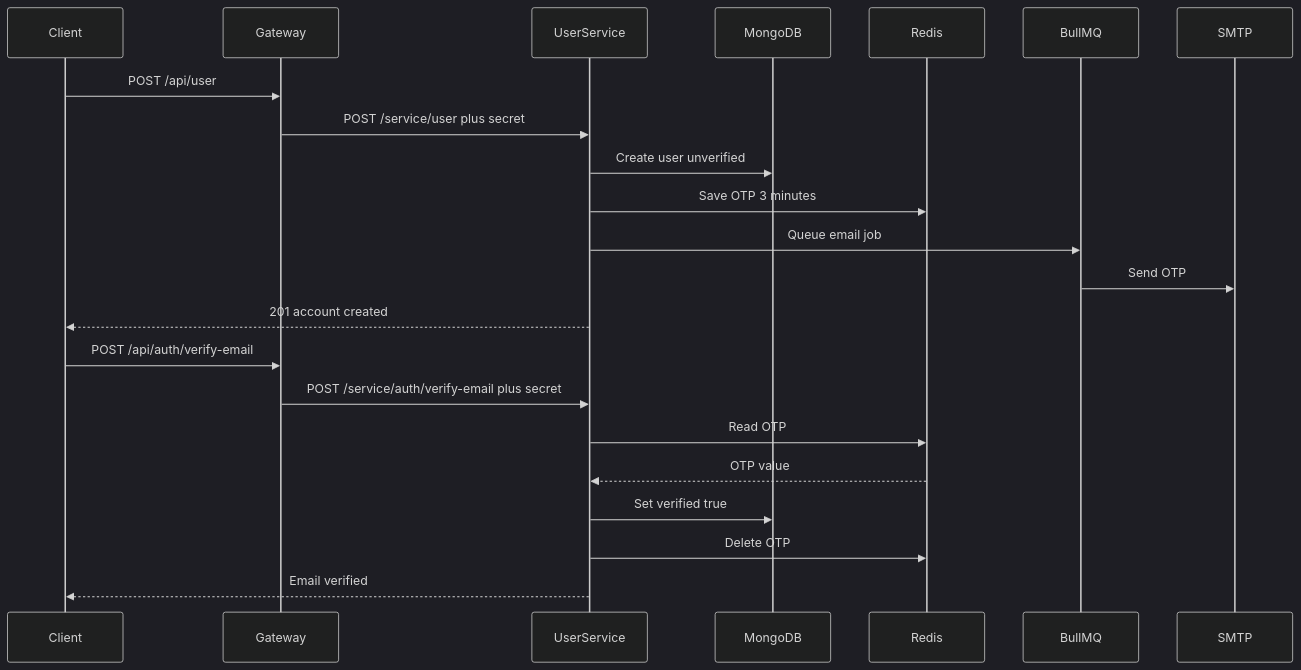
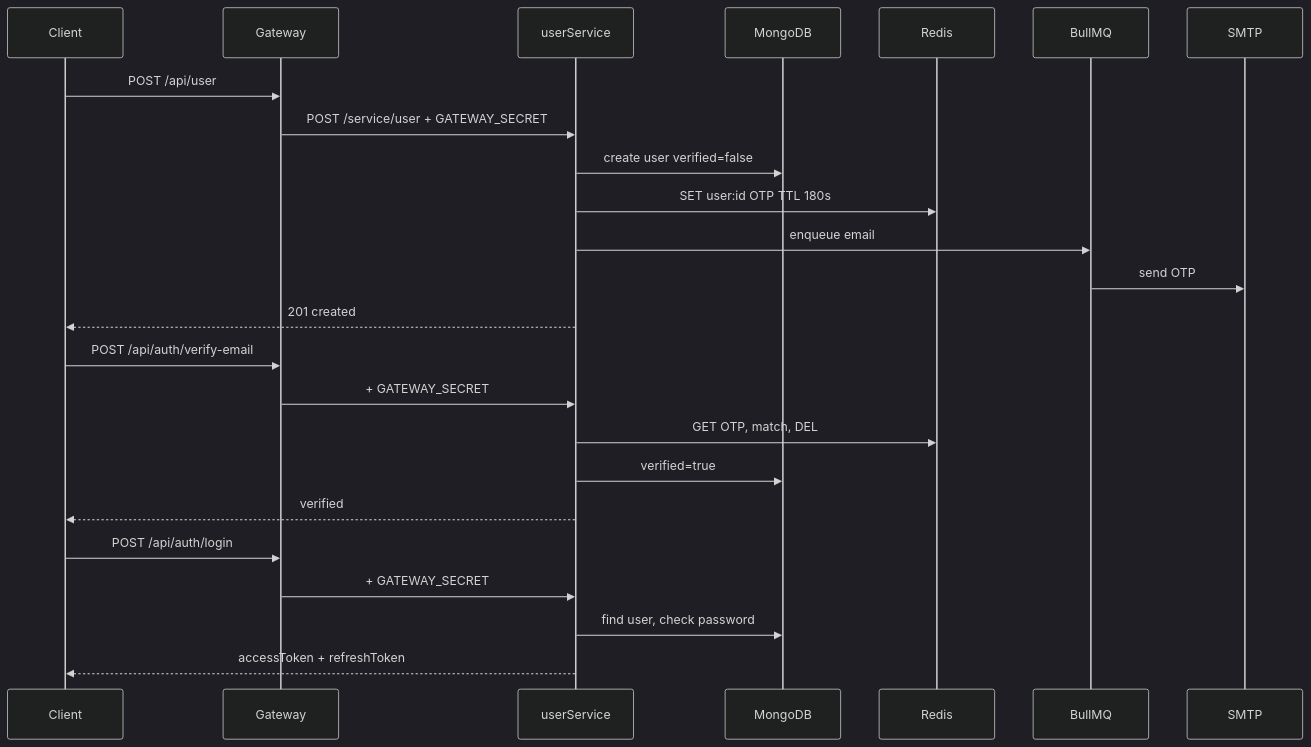
The fifth of 8 diagrams in Readme.md (iamRazzakk/poscul_agent_microservice_server), drawn with Mermaid (dark theme) before and after one commit. The commit also changed other lines of this file and 31 other files, not shown here.

Commit message:
Update README to reflect new POSCUL backend structure and system design. Expanded documentation to include service roles, design principles, and component views. Removed outdated API gateway references and clarified service interactions. Deleted obsolete api/README.md file.

````diff
--- a/Readme.md
+++ b/Readme.md
@@ -154,26 +221,29 @@
 ```mermaid
 sequenceDiagram
-  participant Client
-  participant Gateway
-  participant UserService
-  participant MongoDB
-  participant Redis
-  participant BullMQ
-  participant SMTP
+  participant C as Client
+  participant G as Gateway
+  participant U as userService
+  participant M as MongoDB
+  participant R as Redis
+  participant Q as BullMQ
+  participant E as SMTP
 
-  Client->>Gateway: POST /api/user
-  Gateway->>UserService: POST /service/user plus secret
-  UserService->>MongoDB: Create user unverified
-  UserService->>Redis: Save OTP 3 minutes
-  UserService->>BullMQ: Queue email job
-  BullMQ->>SMTP: Send OTP
-  UserService-->>Client: 201 account created
+  C->>G: POST /api/user
+  G->>U: POST /service/user + GATEWAY_SECRET
+  U->>M: create user verified=false
+  U->>R: SET user:id OTP TTL 180s
+  U->>Q: enqueue email
+  Q->>E: send OTP
+  U-->>C: 201 created
 
-  Client->>Gateway: POST /api/auth/verify-email
-  Gateway->>UserService: POST /service/auth/verify-email plus secret
-  UserService->>Redis: Read OTP
-  Redis-->>UserService: OTP value
-  UserService->>MongoDB: Set verified true
-  UserService->>Redis: Delete OTP
-  UserService-->>Client: Email verified
+  C->>G: POST /api/auth/verify-email
+  G->>U: + GATEWAY_SECRET
+  U->>R: GET OTP, match, DEL
+  U->>M: verified=true
+  U-->>C: verified
+
+  C->>G: POST /api/auth/login
+  G->>U: + GATEWAY_SECRET
+  U->>M: find user, check password
+  U-->>C: accessToken + refreshToken
 ```
````
